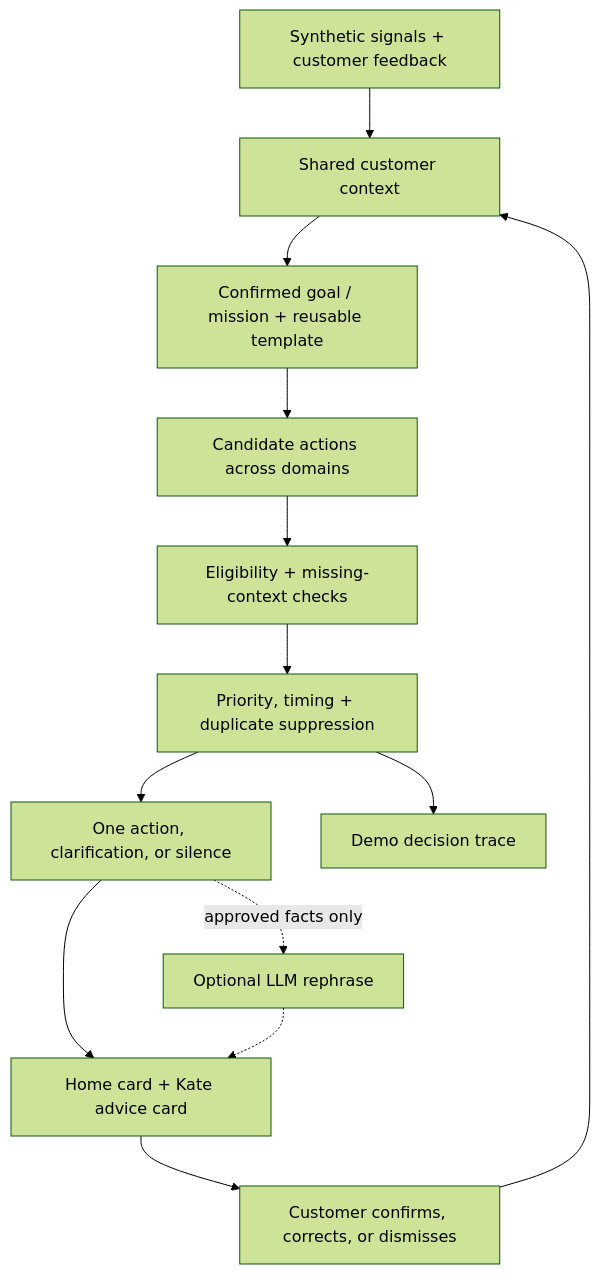
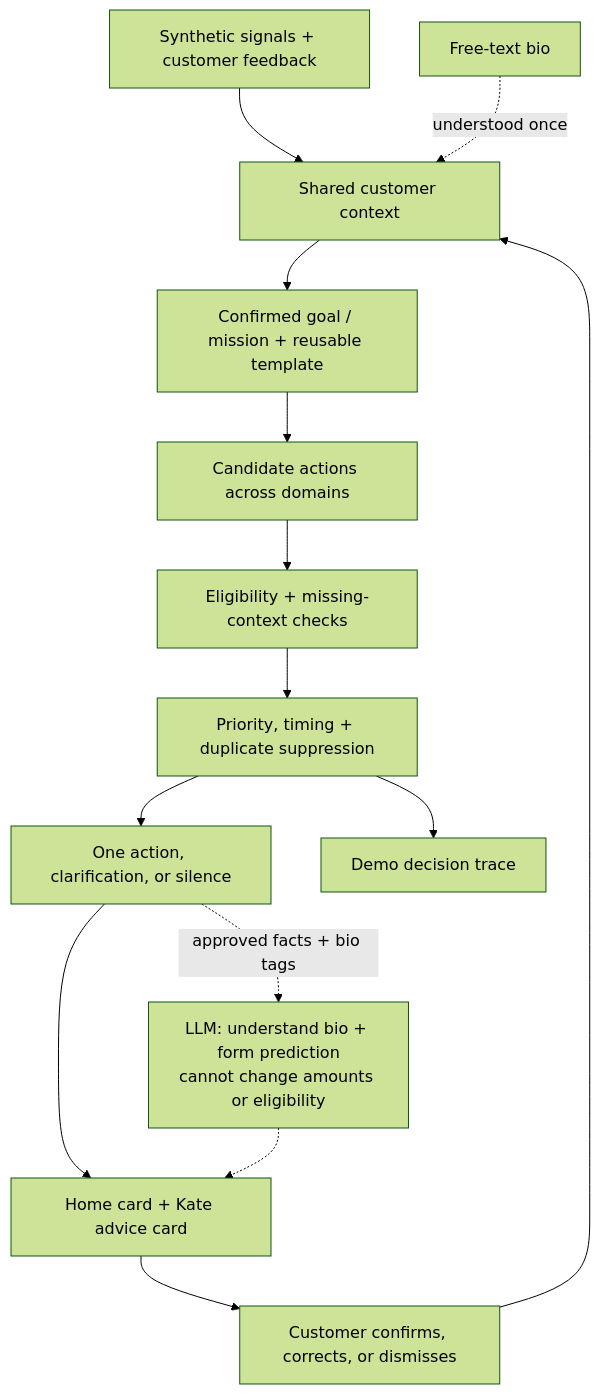
Before and after one commit to ShayChen817/Pirates0fLeuven: the diagram in README.md, drawn with Mermaid (forest theme). The commit also changed other lines of this file, not shown here.

First line of the commit message:
Add profile + free-text bio with LLM understanding

````diff
--- a/README.md
+++ b/README.md
@@ -108,15 +109,16 @@
 ```mermaid
 flowchart TD
     A[Synthetic signals + customer feedback] --> B[Shared customer context]
     B --> M[Confirmed goal / mission + reusable template]
     M --> C[Candidate actions across domains]
     C --> D[Eligibility + missing-context checks]
     D --> E[Priority, timing + duplicate suppression]
     E --> F[One action, clarification, or silence]
     F --> G[Home card + Kate advice card]
     G --> H[Customer confirms, corrects, or dismisses]
     H --> B
     E --> I[Demo decision trace]
-    F -. approved facts only .-> J[Optional LLM rephrase]
+    P[Free-text bio] -. understood once .-> B
+    F -. approved facts + bio tags .-> J[LLM: understand bio + form prediction<br/>cannot change amounts or eligibility]
     J -.-> G
 ```
````
